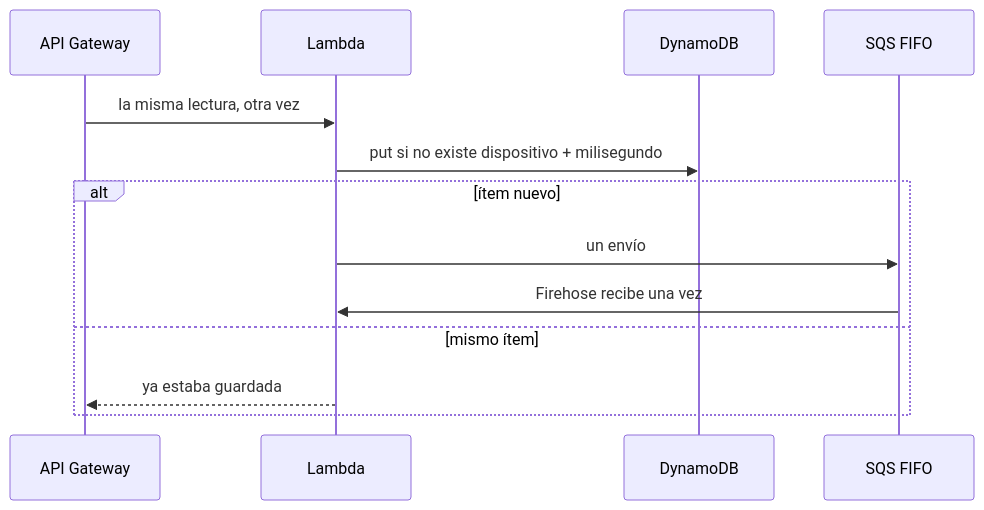
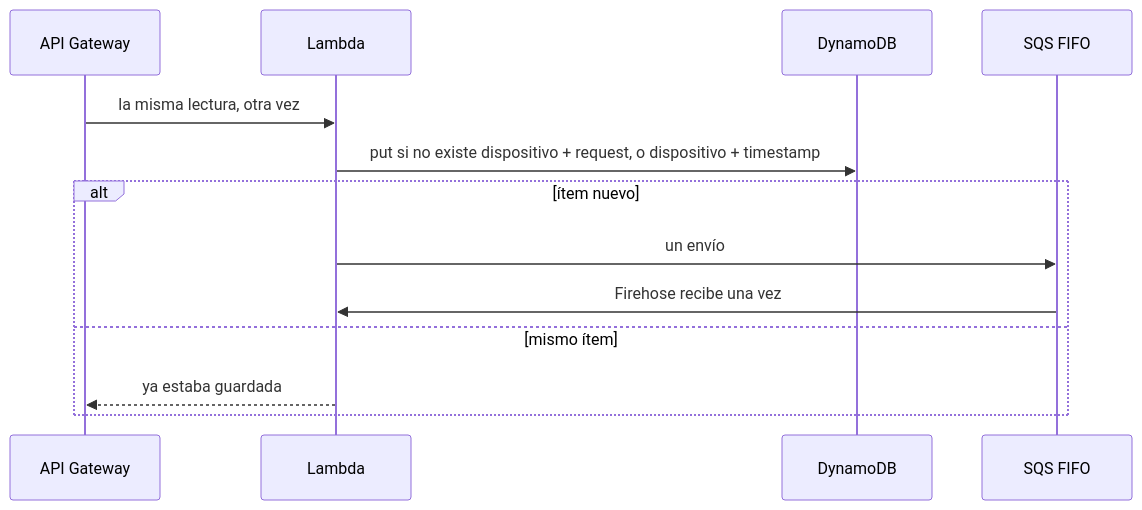
One commit to garicharo/serverless-iot-pipeline changed the fifth of 6 diagrams in README.md. Above: the diagram before and after it, drawn with Mermaid. The commit also changed other lines of this file and 2 other files, not shown here.

````diff
--- a/README.md
+++ b/README.md
@@ -153,15 +169,15 @@
 ```mermaid
 sequenceDiagram
   participant Api as API Gateway
   participant Fn as Lambda
   participant Db as DynamoDB
   participant Q as SQS FIFO
   Api->>Fn: la misma lectura, otra vez
-  Fn->>Db: put si no existe dispositivo + milisegundo
+  Fn->>Db: put si no existe dispositivo + request, o dispositivo + timestamp
   alt ítem nuevo
     Fn->>Q: un envío
     Q->>Fn: Firehose recibe una vez
   else mismo ítem
     Fn-->>Api: ya estaba guardada
   end
 ```
````
